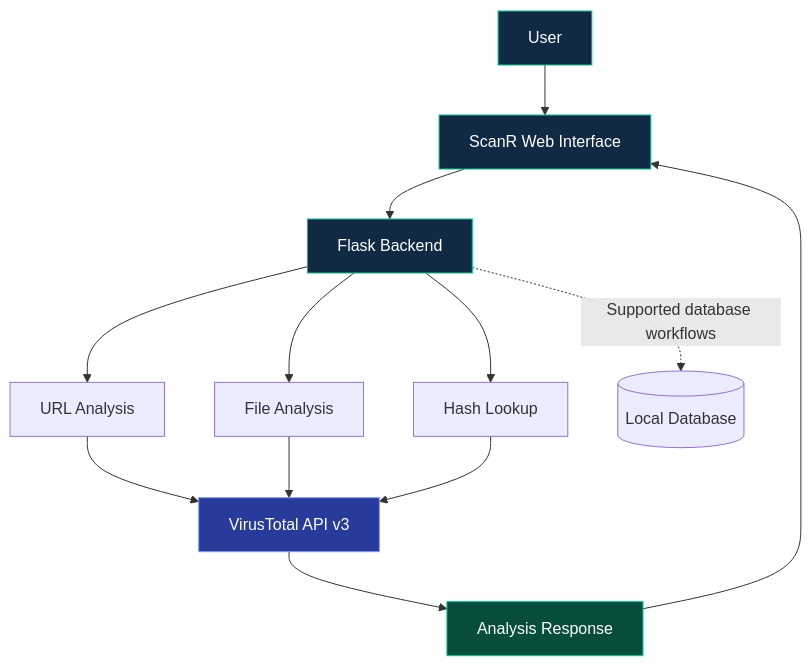
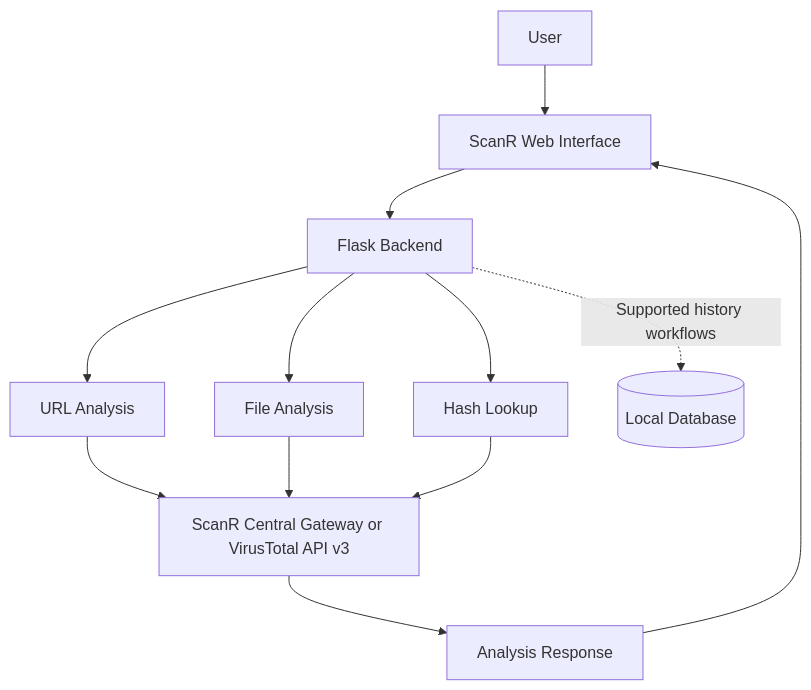
Before and after one commit to GhostMaskR/ScanR: the diagram in README.md, drawn with Mermaid. The commit also changed other lines of this file, not shown here.

````diff
--- a/README.md
+++ b/README.md
@@ -124,20 +70,14 @@
-```mermaid
+``` mermaid
 flowchart TD
-    U["User"] --> UI["ScanR Web Interface"]
-    UI --> API["Flask Backend"]
-    API --> URL["URL Analysis"]
-    API --> FILE["File Analysis"]
-    API --> HASH["Hash Lookup"]
-    URL --> VT["VirusTotal API v3"]
+    U[User] --> UI[ScanR Web Interface]
+    UI --> APP[Flask Backend]
+    APP --> URL[URL Analysis]
+    APP --> FILE[File Analysis]
+    APP --> HASH[Hash Lookup]
+    URL --> VT[ScanR Central Gateway or VirusTotal API v3]
     FILE --> VT
     HASH --> VT
-    VT --> RESULT["Analysis Response"]
+    VT --> RESULT[Analysis Response]
     RESULT --> UI
-    API -. "Supported database workflows" .-> DB[("Local Database")]
-
-    style U fill:#102A43,stroke:#00C896,color:#FFFFFF
-    style UI fill:#102A43,stroke:#00C896,color:#FFFFFF
-    style API fill:#102A43,stroke:#00C896,color:#FFFFFF
-    style VT fill:#263B9A,stroke:#7D9BFF,color:#FFFFFF
-    style RESULT fill:#064E3B,stroke:#00C896,color:#FFFFFF
+    APP -. Supported history workflows .-> DB[(Local Database)]
 ```
````
